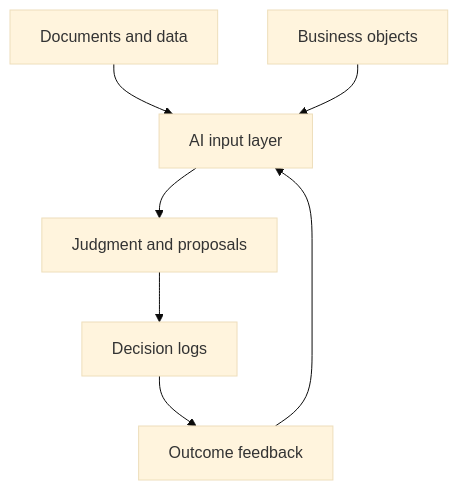
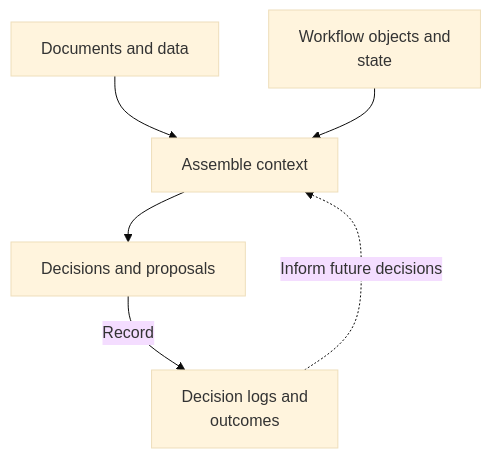
Before and after one commit to daylight55/research: the fifth of 13 diagrams in articles/report/ai-llm-ontology-memory/en/index.mdx, drawn with Mermaid (base theme). The commit also changed other lines of this file and 181 other files, not shown here.

First line of the commit message:
全記事の図解368点を再生成し、共通注意書きを削除 (#402)

````diff
--- a/articles/report/ai-llm-ontology-memory/en/index.mdx
+++ b/articles/report/ai-llm-ontology-memory/en/index.mdx
@@ -160,9 +186,15 @@
 ```mermaid
 flowchart TD
-  D["Documents and data"] --> AI["AI input layer"]
-  BO["Business objects"] --> AI
-  AI --> W["Judgment and proposals"]
-  W --> L["Decision logs"]
-  L --> F["Outcome feedback"]
-  F --> AI
+  accTitle: Connect workflow context with execution results
+  accDescr: Include workflow objects and states alongside documents, then return decision logs and outcomes to future context.
+  N0["Documents and data"]
+  N1["Workflow objects and<br/>state"]
+  N2["Assemble context"]
+  N3["Decisions and proposals"]
+  N4["Decision logs and<br/>outcomes"]
+  N0 --> N2
+  N1 --> N2
+  N2 --> N3
+  N3 -->|Record| N4
+  N4 -.->|Inform future decisions| N2
 ```
````
